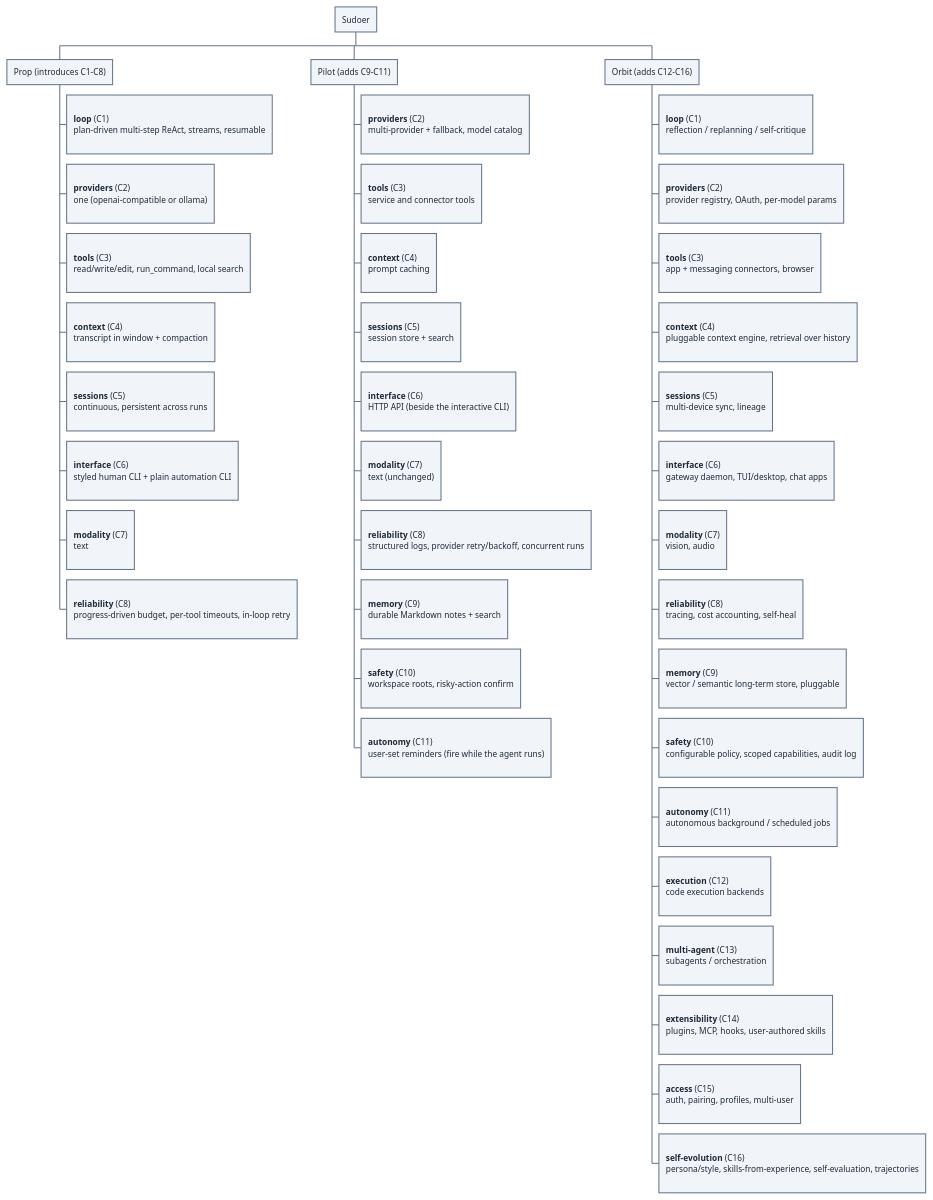
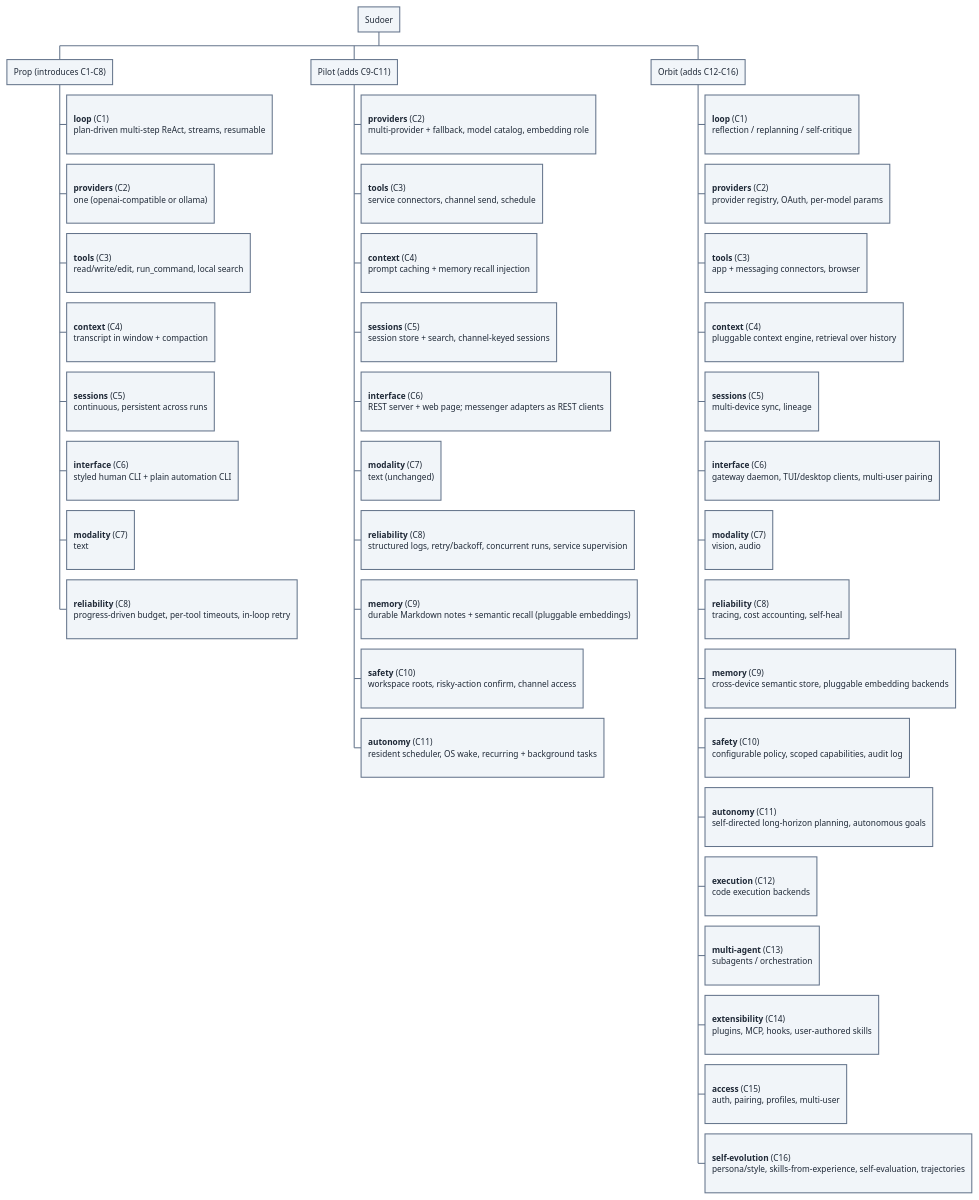
One commit to invented-pro/sudoer changed the third of 4 diagrams in 00_bp/arch.md. Above: the diagram before and after it, drawn with PlantUML. The commit also changed other lines of this file and 147 other files, not shown here.

```diff
--- a/00_bp/arch.md
+++ b/00_bp/arch.md
@@ -207,23 +209,23 @@
 ** Pilot (adds C9–C11)
 ***:
 **providers** (C2)
-multi-provider + fallback, model catalog
+multi-provider + fallback, model catalog, embedding role
 ;
 ***:
 **tools** (C3)
-service and connector tools
+service connectors, channel send, schedule
 ;
 ***:
 **context** (C4)
-prompt caching
+prompt caching + memory recall injection
 ;
 ***:
 **sessions** (C5)
-session store + search
+session store + search, channel-keyed sessions
 ;
 ***:
 **interface** (C6)
-HTTP API (beside the interactive CLI)
+REST server + web page; messenger adapters as REST clients
 ;
 ***:
 **modality** (C7)
@@ -231,19 +233,19 @@
 ;
 ***:
 **reliability** (C8)
-structured logs, provider retry/backoff, concurrent runs
+structured logs, retry/backoff, concurrent runs, service supervision
 ;
 ***:
 **memory** (C9)
-durable Markdown notes + search
+durable Markdown notes + semantic recall (pluggable embeddings)
 ;
 ***:
 **safety** (C10)
-workspace roots, risky-action confirm
+workspace roots, risky-action confirm, channel access
 ;
 ***:
 **autonomy** (C11)
-user-set reminders (fire while the agent runs)
+resident scheduler, OS wake, recurring + background tasks
 ;
 ** Orbit (adds C12–C16)
 ***:
@@ -268,7 +270,7 @@
 ;
 ***:
 **interface** (C6)
-gateway daemon, TUI/desktop, chat apps
+gateway daemon, TUI/desktop clients, multi-user pairing
 ;
 ***:
 **modality** (C7)
@@ -280,7 +282,7 @@
 ;
 ***:
 **memory** (C9)
-vector / semantic long-term store, pluggable
+cross-device semantic store, pluggable embedding backends
 ;
 ***:
 **safety** (C10)
@@ -288,7 +290,7 @@
 ;
 ***:
 **autonomy** (C11)
-autonomous background / scheduled jobs
+self-directed long-horizon planning, autonomous goals
 ;
 ***:
 **execution** (C12)
```
